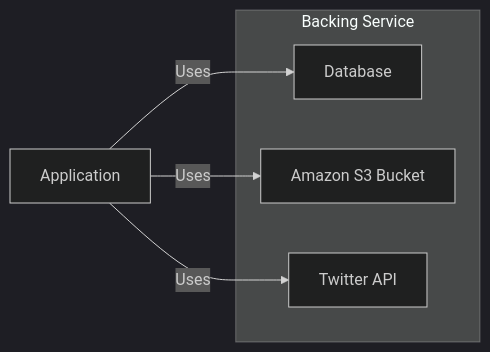
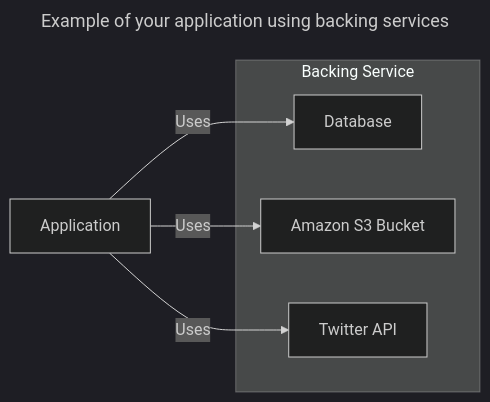
Before and after one commit to ivan-penchev/penchev-com: the second of 5 diagrams in _posts/2023-06-01-twelve-factor-app-in-2023.md, drawn with Mermaid (dark theme).

Commit message:
chore: added missing mermaid title

````diff
--- a/_posts/2023-06-01-twelve-factor-app-in-2023.md
+++ b/_posts/2023-06-01-twelve-factor-app-in-2023.md
@@ -139,13 +139,16 @@
 ```mermaid
+---
+title: Example of your application using backing services
+---
 flowchart LR
     subgraph Backing Service
         Db[Database]
         S3[Amazon S3 Bucket]
         T[Twitter API]
     end
 
 
     App[Application] -->|Uses| Db
     App[Application] -->|Uses| S3
     App[Application] -->|Uses| T
 ```
````
